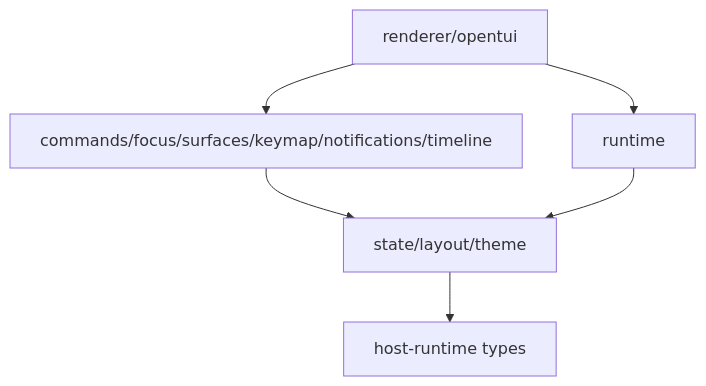
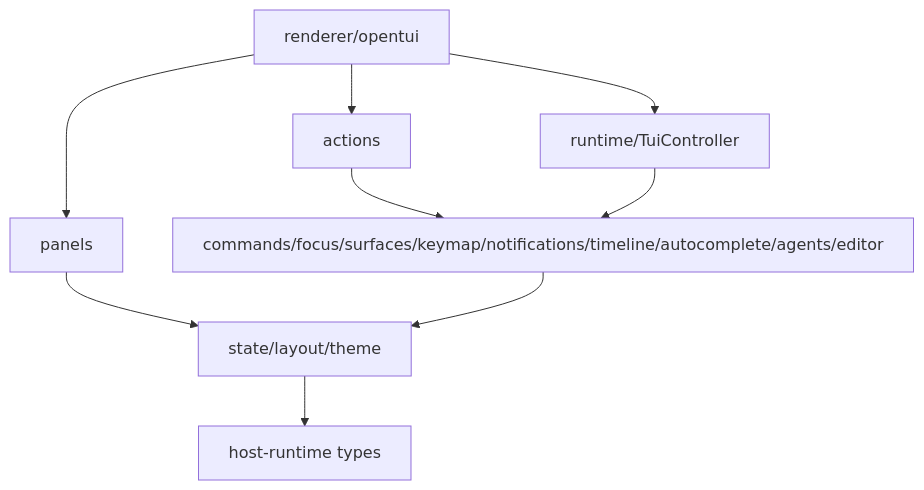
The diagram in packages/host-tui/docs/overview.md (biuld/piko), drawn with Mermaid before and after one commit. The commit also changed other lines of this file and 16 other files, not shown here.

````diff
--- a/packages/host-tui/docs/overview.md
+++ b/packages/host-tui/docs/overview.md
@@ -22,14 +28,19 @@
 ```mermaid
 graph TD
   Renderer[renderer/opentui]
-  Runtime[runtime]
-  Subsystems[commands/focus/surfaces/keymap/notifications/timeline]
+  Runtime[runtime/TuiController]
+  Actions[actions]
+  Panels[panels]
+  Subsystems[commands/focus/surfaces/keymap/notifications/timeline/autocomplete/agents/editor]
   Core[state/layout/theme]
   HostTypes[host-runtime types]
 
   Renderer --> Runtime
-  Renderer --> Subsystems
+  Renderer --> Actions
+  Renderer --> Panels
+  Actions --> Subsystems
+  Panels --> Core
+  Runtime --> Subsystems
   Subsystems --> Core
   Core --> HostTypes
-  Runtime --> Core
 ```
````
